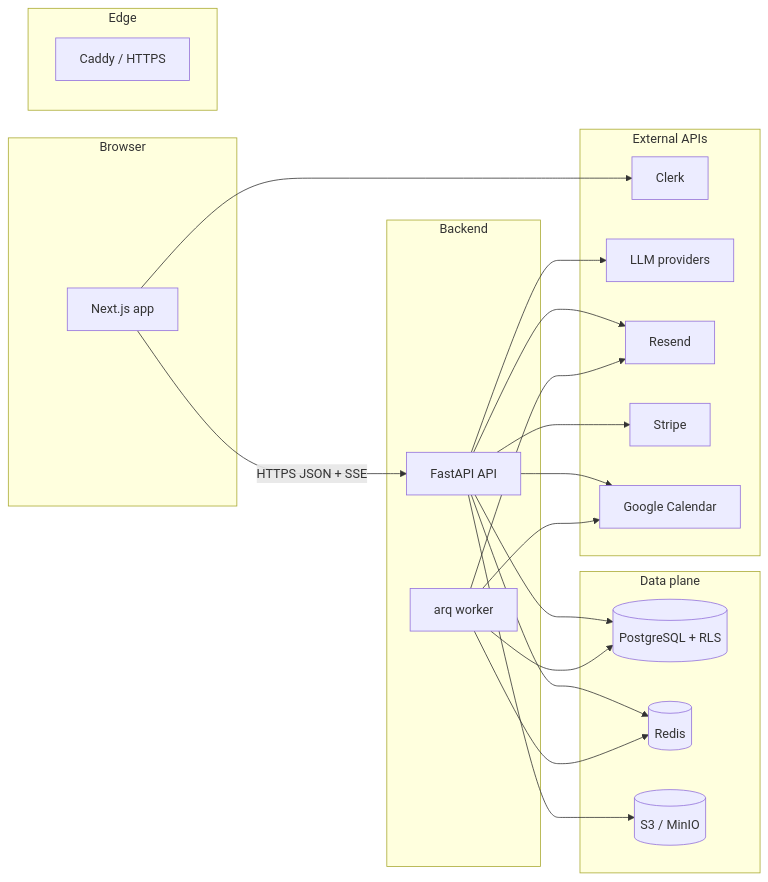
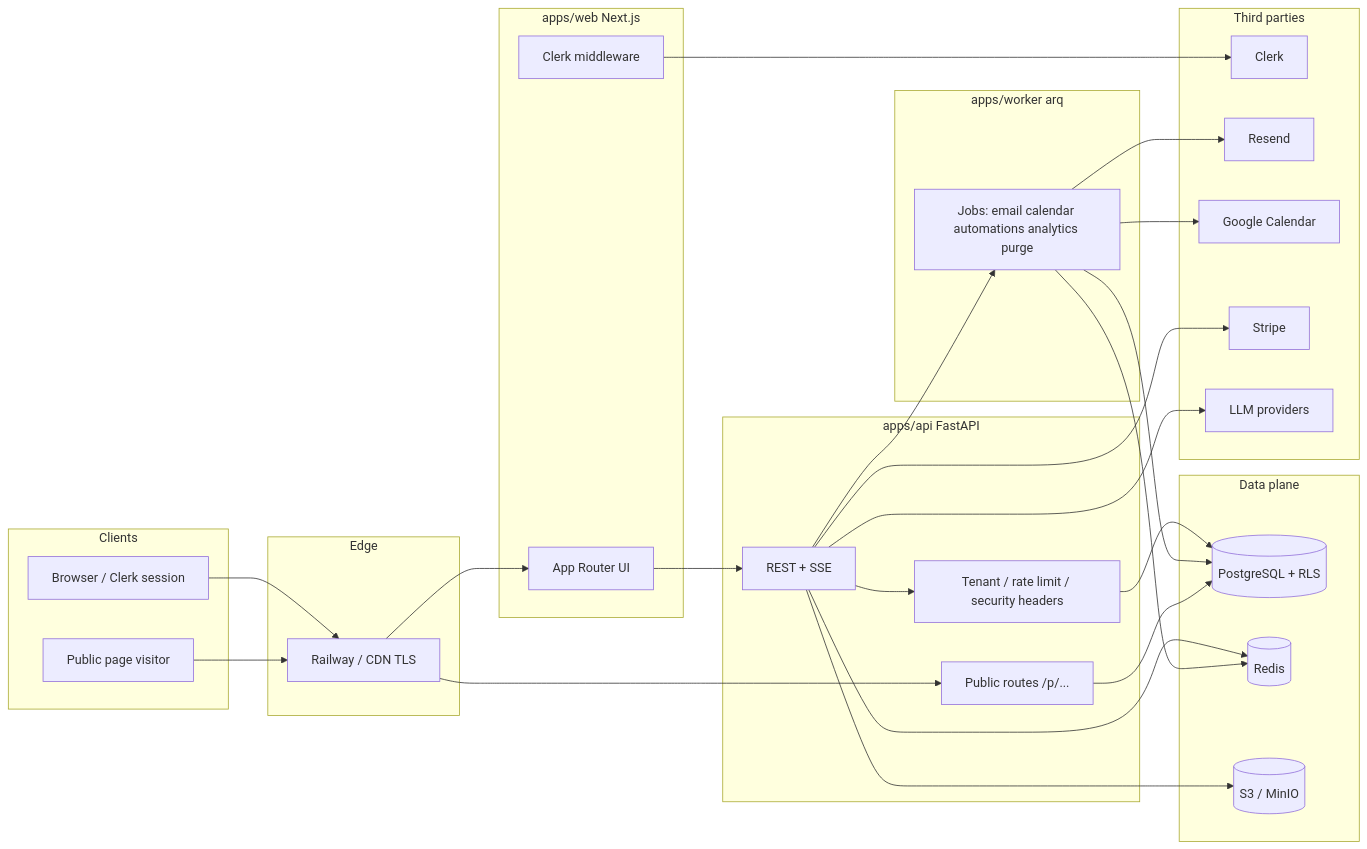
Before and after one commit to HiNala/forge-app: the diagram in docs/architecture/SYSTEM_OVERVIEW.md, drawn with Mermaid. The commit also changed other lines of this file and 6 other files, not shown here.

````diff
--- a/docs/architecture/SYSTEM_OVERVIEW.md
+++ b/docs/architecture/SYSTEM_OVERVIEW.md
@@ -5,38 +7,56 @@
 ```mermaid
 flowchart LR
-  subgraph client [Browser]
-    Web[Next.js app]
+  subgraph clients [Clients]
+    Browser[Browser / Clerk session]
+    Visitor[Public page visitor]
   end
+
   subgraph edge [Edge]
-    Caddy[Caddy / HTTPS]
+    CDN[Railway / CDN TLS]
   end
-  subgraph backend [Backend]
-    API[FastAPI API]
-    Worker[arq worker]
+
+  subgraph web [apps/web Next.js]
+    UI[App Router UI]
+    MW[Clerk middleware]
   end
+
+  subgraph api [apps/api FastAPI]
+    API[REST + SSE]
+    MW2[Tenant / rate limit / security headers]
+    Pub[Public routes /p/...]
+  end
+
   subgraph data [Data plane]
     PG[(PostgreSQL + RLS)]
-    Redis[(Redis)]
+    RD[(Redis)]
     S3[(S3 / MinIO)]
   end
-  subgraph external [External APIs]
+
+  subgraph worker [apps/worker arq]
+    W[Jobs: email calendar automations analytics purge]
+  end
+
+  subgraph third [Third parties]
     Clerk[Clerk]
+    Resend[Resend]
+    GCal[Google Calendar]
+    Stripe[Stripe]
     LLM[LLM providers]
-    Resend[Resend]
-    Stripe[Stripe]
-    GCal[Google Calendar]
   end
-  Web -->|HTTPS JSON + SSE| API
-  Web --> Clerk
-  API --> PG
-  API --> Redis
+
+  Browser --> CDN --> UI
+  Visitor --> CDN --> Pub
+  UI --> API
+  MW --> Clerk
+  API --> MW2 --> PG
+  API --> RD
   API --> S3
+  API --> W
+  W --> PG
+  W --> RD
+  W --> Resend
+  W --> GCal
+  API --> Stripe
   API --> LLM
-  API --> Resend
-  API --> Stripe
-  API --> GCal
-  Worker --> Redis
-  Worker --> PG
-  Worker --> Resend
-  Worker --> GCal
+  Pub --> PG
 ```
````
